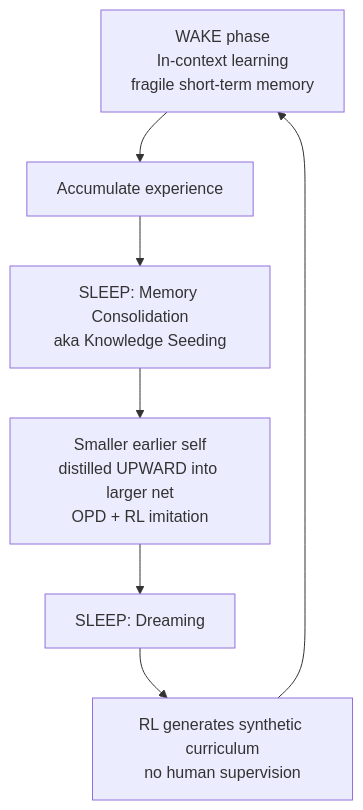
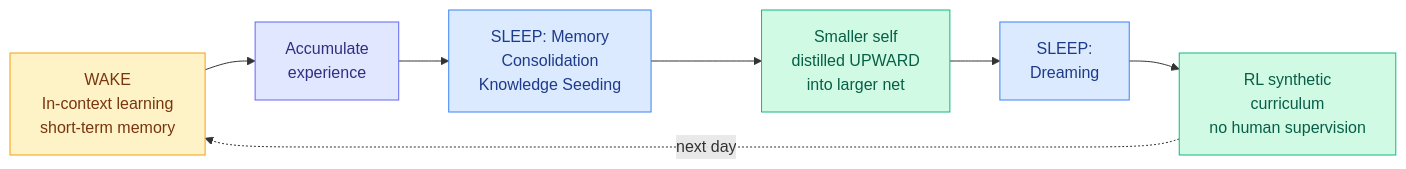
Before and after one commit to bayesiansapien/cere-bro: the seventh of 7 diagrams in wiki/daily-digest/2026-06/2026-06-03.md, drawn with Mermaid.

Commit message:
wiki: update wiki/2026-06-03

````diff
--- a/wiki/daily-digest/2026-06/2026-06-03.md
+++ b/wiki/daily-digest/2026-06/2026-06-03.md
@@ -328,9 +328,17 @@
 ```mermaid
-flowchart TB
-  W[WAKE phase<br/>In-context learning<br/>fragile short-term memory] --> A[Accumulate experience]
-  A --> S1[SLEEP: Memory Consolidation<br/>aka Knowledge Seeding]
-  S1 --> U[Smaller earlier self<br/>distilled UPWARD into larger net<br/>OPD + RL imitation]
-  U --> S2[SLEEP: Dreaming]
-  S2 --> Curr[RL generates synthetic curriculum<br/>no human supervision]
-  Curr --> W
+flowchart LR
+  W[WAKE<br/>In-context learning<br/>short-term memory] --> A[Accumulate<br/>experience]
+  A --> S1[SLEEP: Memory<br/>Consolidation<br/>Knowledge Seeding]
+  S1 --> U[Smaller self<br/>distilled UPWARD<br/>into larger net]
+  U --> S2[SLEEP:<br/>Dreaming]
+  S2 --> Curr[RL synthetic<br/>curriculum<br/>no human supervision]
+  Curr -.->|next day| W
+  classDef wake fill:#fef3c7,stroke:#f59e0b,color:#78350f
+  classDef stage fill:#e0e7ff,stroke:#6366f1,color:#312e81
+  classDef sleep fill:#dbeafe,stroke:#3b82f6,color:#1e3a8a
+  classDef output fill:#d1fae5,stroke:#10b981,color:#065f46
+  class W wake
+  class A stage
+  class S1,S2 sleep
+  class U,Curr output
 ```
````
